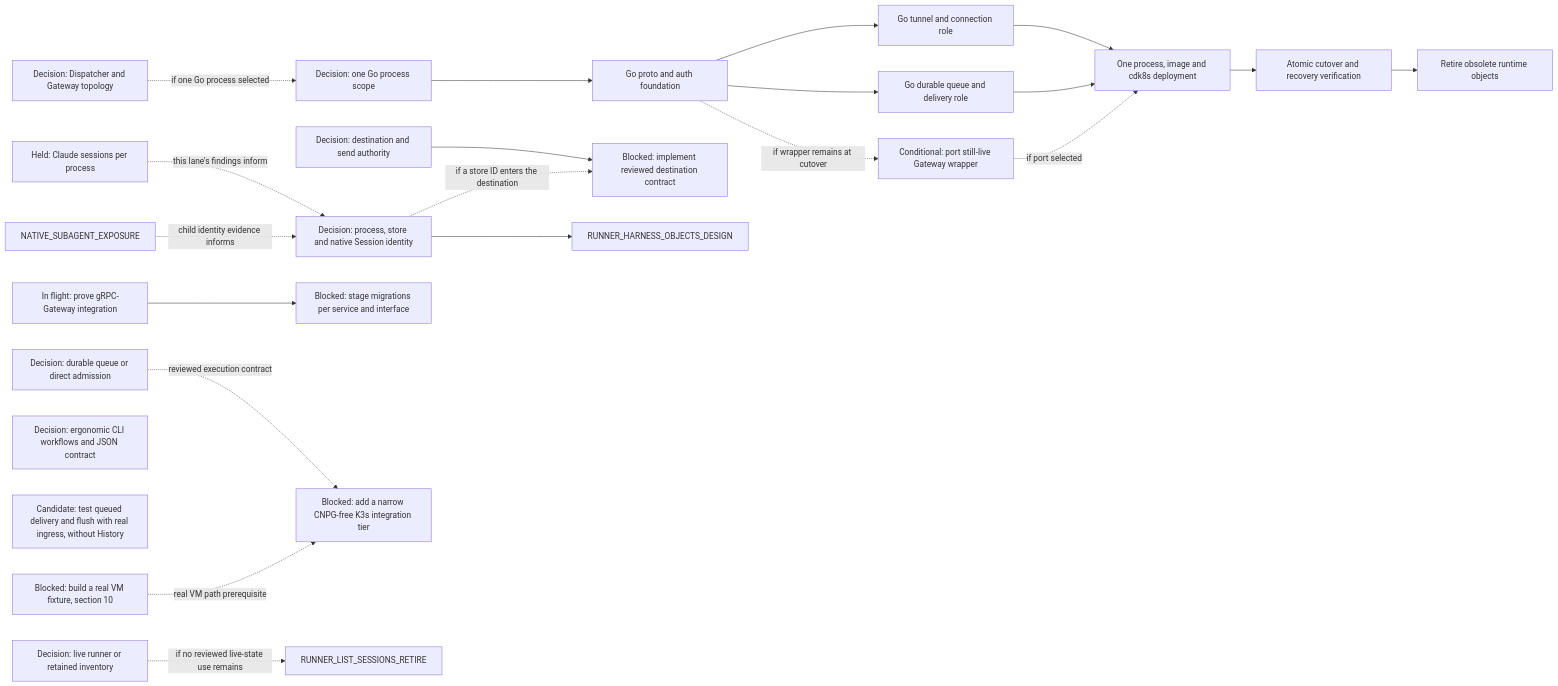
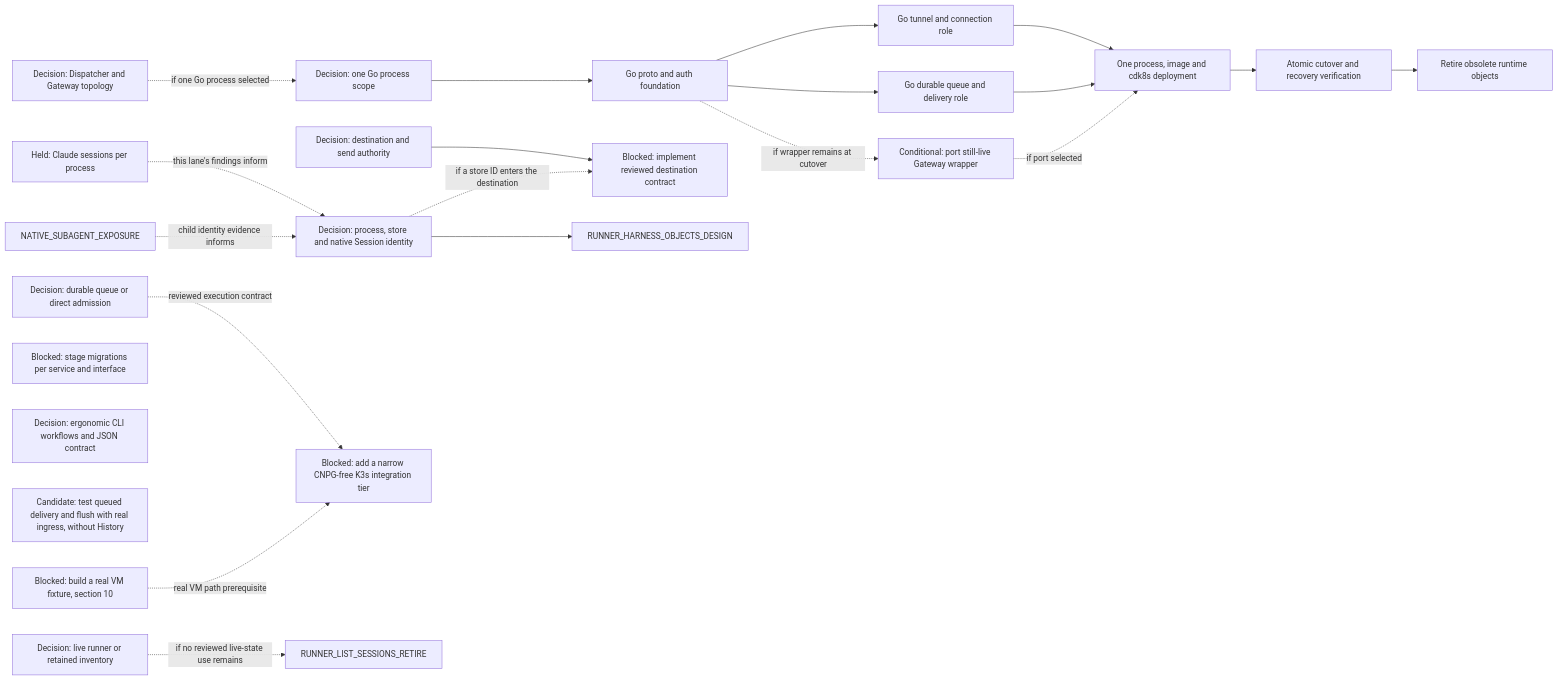
Before and after one commit to agentydragon-agent/ducktape: diagram 17 of 17 in agentplane/plans/task_dag.md, drawn with Mermaid. The commit also changed other lines of this file and 20 other files, not shown here.

````diff
--- a/agentplane/plans/task_dag.md
+++ b/agentplane/plans/task_dag.md
@@ -1492,43 +1489,41 @@
 ```mermaid
 flowchart LR
     DISPATCHER_PERSISTENCE_MODEL_DESIGN[Decision: durable queue or direct admission]
     DISPATCHER_GATEWAY_TOPOLOGY_DESIGN[Decision: Dispatcher and Gateway topology]
     DELIVERY_UNIFICATION_SCOPE_DECISION[Decision: one Go process scope]
     DELIVERY_GO_PROTOCOL_AUTH[Go proto and auth foundation]
     DELIVERY_GO_GATEWAY[Go tunnel and connection role]
     DELIVERY_GO_DISPATCHER[Go durable queue and delivery role]
     DELIVERY_GO_LEGACY_WRAPPER[Conditional: port still-live Gateway wrapper]
     DELIVERY_GO_INTEGRATION[One process, image and cdk8s deployment]
     DELIVERY_UNIFIED_CUTOVER[Atomic cutover and recovery verification]
     DELIVERY_OLD_RUNTIME_RETIRE[Retire obsolete runtime objects]
     RUNNER_INVENTORY_AUTHORITY_DESIGN[Decision: live runner or retained inventory]
     DELIVERY_DESTINATION_AUTHORITY_DESIGN[Decision: destination and send authority]
     DELIVERY_DESTINATION_CONTRACT[Blocked: implement reviewed destination contract]
     CLAUDE_STREAM_SESSION_MULTIPLEXING[Held: Claude sessions per process]
     HARNESS_IDENTITY_DESIGN[Decision: process, store and native Session identity]
-    HTTP_JSON_FACADE_TOOLING_SPIKE[In flight: prove gRPC-Gateway integration]
     SERVICE_API_TRANSPORT_MIGRATIONS[Blocked: stage migrations per service and interface]
     AGENT_API_TOOLING_DESIGN[Decision: ergonomic CLI workflows and JSON contract]
     RUNNER_DELIVERY_INGRESS_ACCEPTANCE[Candidate: test queued delivery and flush with real ingress, without History]
     CNPG_FREE_K3S_INTEGRATION_TIER[Blocked: add a narrow CNPG-free K3s integration tier]
     K3S_VM_IMAGE[Blocked: build a real VM fixture, section 10]
     DISPATCHER_GATEWAY_TOPOLOGY_DESIGN -. if one Go process selected .-> DELIVERY_UNIFICATION_SCOPE_DECISION
     DELIVERY_UNIFICATION_SCOPE_DECISION --> DELIVERY_GO_PROTOCOL_AUTH
     DELIVERY_GO_PROTOCOL_AUTH --> DELIVERY_GO_GATEWAY
     DELIVERY_GO_PROTOCOL_AUTH --> DELIVERY_GO_DISPATCHER
     DELIVERY_GO_PROTOCOL_AUTH -. if wrapper remains at cutover .-> DELIVERY_GO_LEGACY_WRAPPER
     DELIVERY_GO_GATEWAY --> DELIVERY_GO_INTEGRATION
     DELIVERY_GO_DISPATCHER --> DELIVERY_GO_INTEGRATION
     DELIVERY_GO_LEGACY_WRAPPER -. if port selected .-> DELIVERY_GO_INTEGRATION
     DELIVERY_GO_INTEGRATION --> DELIVERY_UNIFIED_CUTOVER
     DELIVERY_UNIFIED_CUTOVER --> DELIVERY_OLD_RUNTIME_RETIRE
     RUNNER_INVENTORY_AUTHORITY_DESIGN -. if no reviewed live-state use remains .-> RUNNER_LIST_SESSIONS_RETIRE
     DELIVERY_DESTINATION_AUTHORITY_DESIGN --> DELIVERY_DESTINATION_CONTRACT
     HARNESS_IDENTITY_DESIGN -. if a store ID enters the destination .-> DELIVERY_DESTINATION_CONTRACT
     CLAUDE_STREAM_SESSION_MULTIPLEXING -. this lane's findings inform .-> HARNESS_IDENTITY_DESIGN
     NATIVE_SUBAGENT_EXPOSURE -. child identity evidence informs .-> HARNESS_IDENTITY_DESIGN
     HARNESS_IDENTITY_DESIGN --> RUNNER_HARNESS_OBJECTS_DESIGN
-    HTTP_JSON_FACADE_TOOLING_SPIKE --> SERVICE_API_TRANSPORT_MIGRATIONS
     DISPATCHER_PERSISTENCE_MODEL_DESIGN -. reviewed execution contract .-> CNPG_FREE_K3S_INTEGRATION_TIER
     K3S_VM_IMAGE -. real VM path prerequisite .-> CNPG_FREE_K3S_INTEGRATION_TIER
 ```
````
